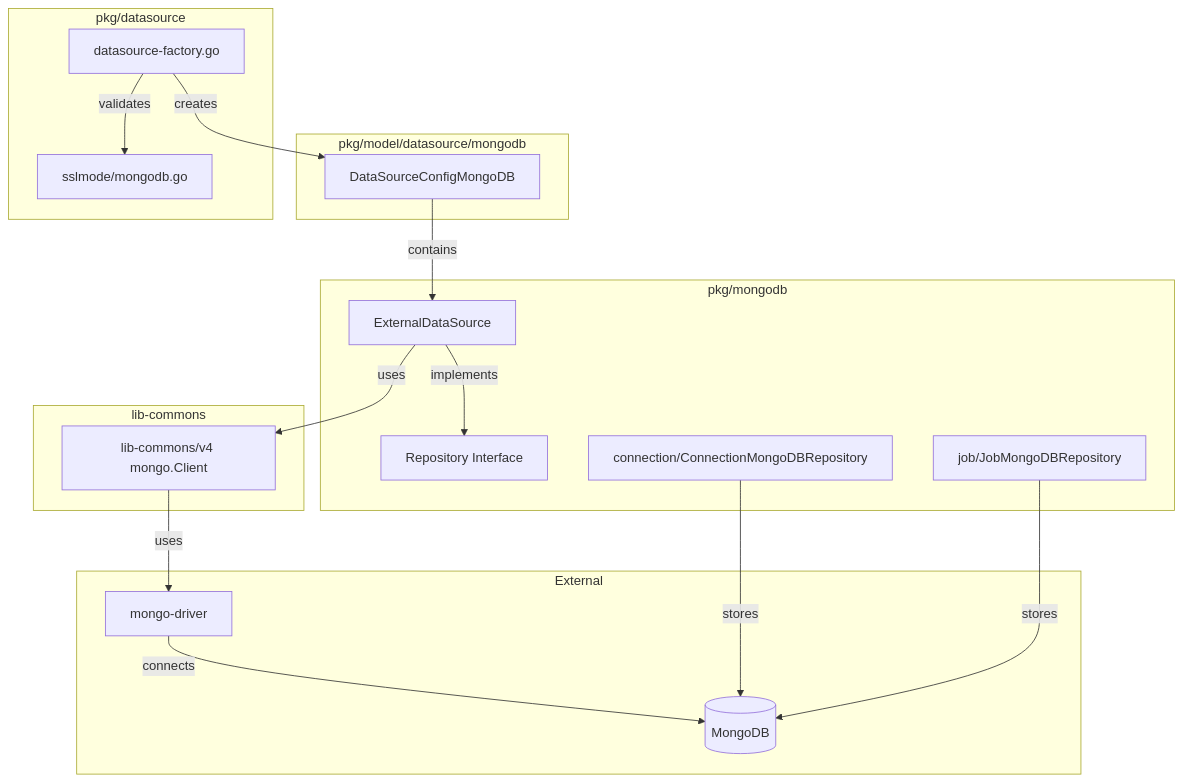
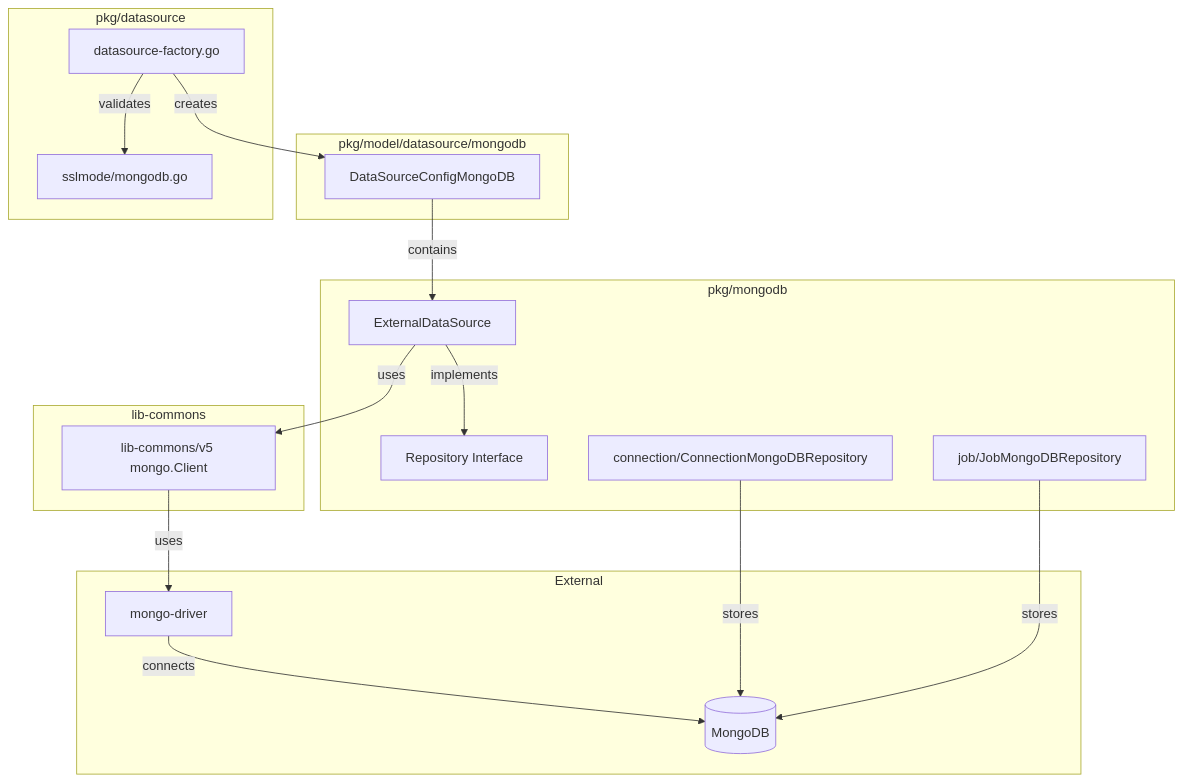
One commit to LerianStudio/fetcher changed the first of 4 diagrams in pkg/mongodb/README.md. Above: the diagram before and after it, drawn with Mermaid. The commit also changed other lines of this file and 125 other files, not shown here.

First line of the commit message:
chore(deps): bump lib-commons v5.1.0, lib-auth v2.7.0, lib-license-go v2.3.4

````diff
--- a/pkg/mongodb/README.md
+++ b/pkg/mongodb/README.md
@@ -27,37 +27,37 @@
 ```mermaid
 graph TB
     subgraph "pkg/model/datasource/mongodb"
         DSConfig[DataSourceConfigMongoDB]
     end
 
     subgraph "pkg/mongodb"
         Repo[ExternalDataSource]
         RepoInterface[Repository Interface]
         ConnMongo[connection/ConnectionMongoDBRepository]
         JobMongo[job/JobMongoDBRepository]
     end
 
     subgraph "pkg/datasource"
         Factory[datasource-factory.go]
         SSLMode[sslmode/mongodb.go]
     end
 
     subgraph "External"
         Driver[mongo-driver]
         DB[(MongoDB)]
     end
 
     subgraph "lib-commons"
-        MongoClient[lib-commons/v4 mongo.Client]
+        MongoClient[lib-commons/v5 mongo.Client]
     end
 
     Factory -->|creates| DSConfig
     Factory -->|validates| SSLMode
     DSConfig -->|contains| Repo
     Repo -->|implements| RepoInterface
     Repo -->|uses| MongoClient
     MongoClient -->|uses| Driver
     Driver -->|connects| DB
     ConnMongo -->|stores| DB
     JobMongo -->|stores| DB
 ```
````
